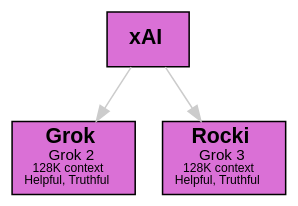
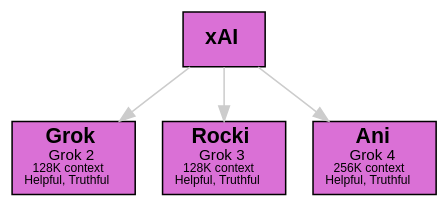
Before and after one commit to sswam/allemande: the ninth of 13 diagrams in doc/guide.md, drawn with Graphviz. The commit also changed other lines of this file and 4 other files, not shown here.

First line of the commit message:
feat(models): add Grok 4 (Ani) model to xAI with docs and config

````diff
--- a/doc/guide.md
+++ b/doc/guide.md
@@ -522,14 +522,16 @@
 ```dot
 digraph xAI {
     graph [bgcolor=transparent]
     edge [color="#CCCCCC"]
     node [shape=box, style=filled, fillcolor="#DA70D6", fontname="Helvetica"]
 
     "xAI" [label=<<b>xAI</b>>]
     "Grok" [label=<<b>Grok</b><br/><font point-size="10">Grok 2</font><br/><font point-size="8">128K context</font><br/><font point-size="8">Helpful, Truthful</font>>]
     "Rocki" [label=<<b>Rocki</b><br/><font point-size="10">Grok 3</font><br/><font point-size="8">128K context</font><br/><font point-size="8">Helpful, Truthful</font>>]
+    "Ani" [label=<<b>Ani</b><br/><font point-size="10">Grok 4</font><br/><font point-size="8">256K context</font><br/><font point-size="8">Helpful, Truthful</font>>]
 
     "xAI" -> "Grok"
     "xAI" -> "Rocki"
+    "xAI" -> "Ani"
 }
 ```
````
